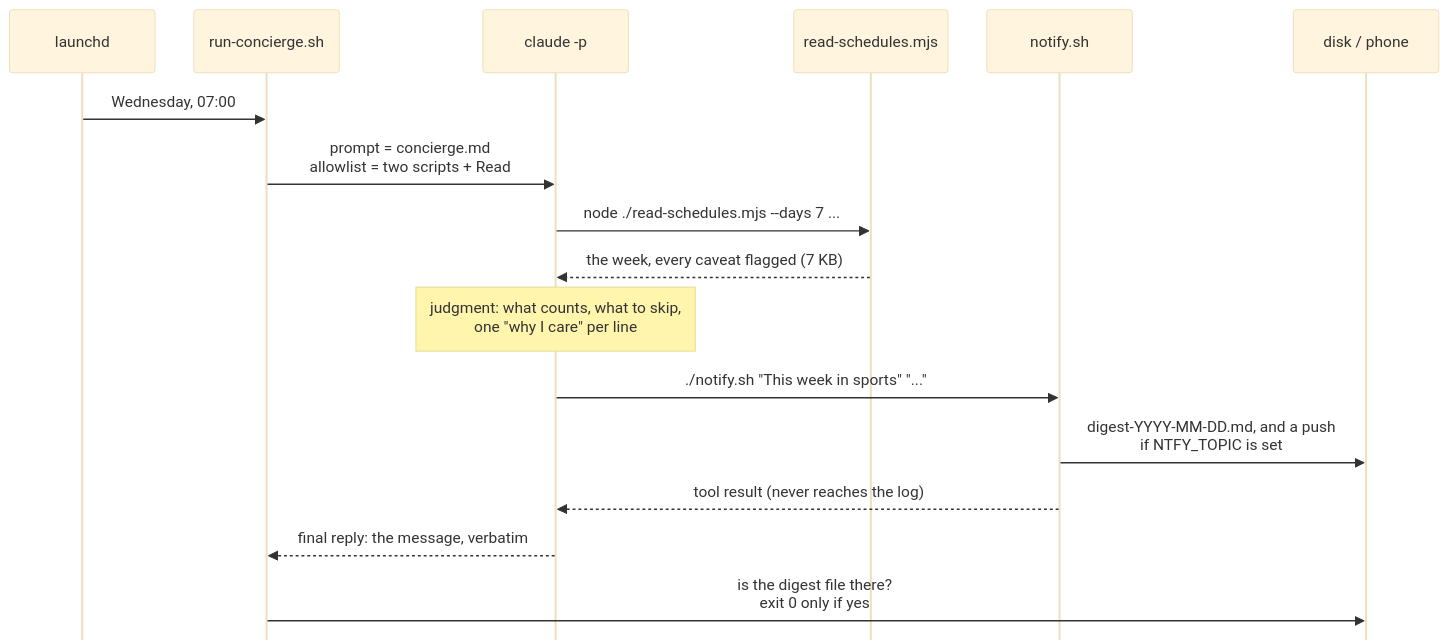
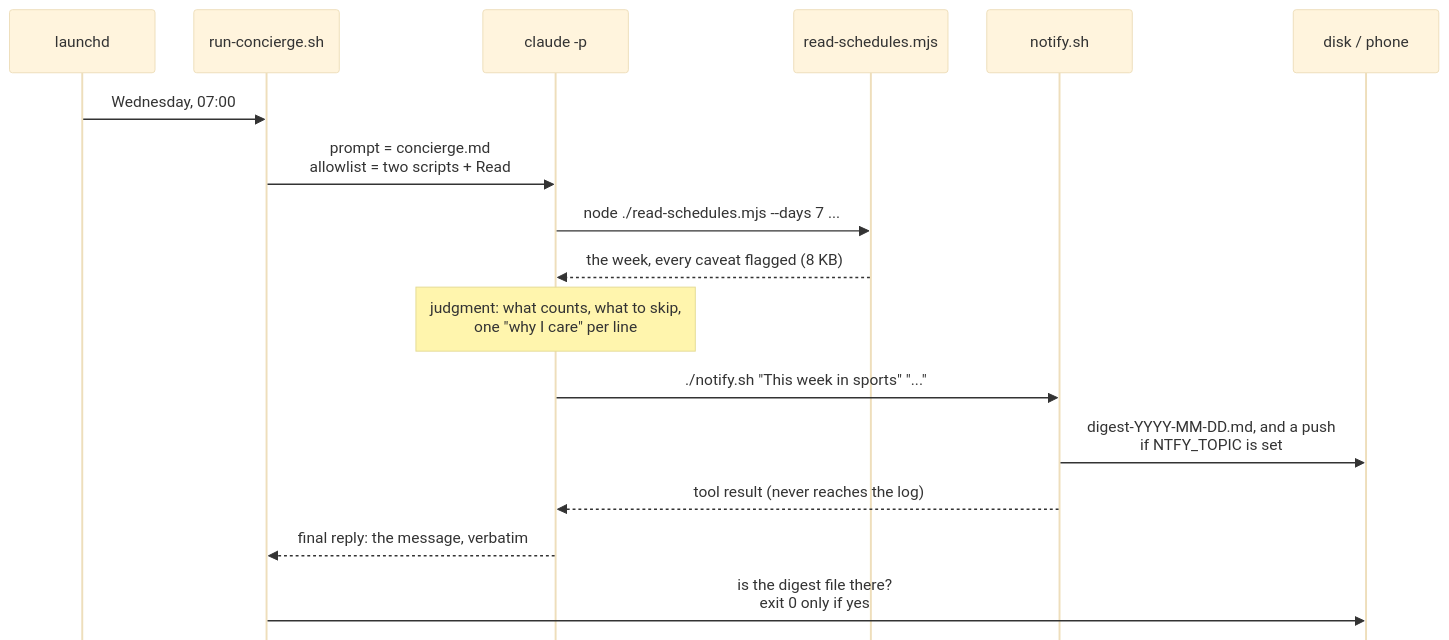
The first of 3 diagrams in TECHNICAL.md (ismayc/never-miss-a-game), drawn with Mermaid (base theme) before and after one commit. The commit also changed other lines of this file and 2 other files, not shown here.

First line of the commit message:
Diagrams: no arrow crosses a title or its own label

````diff
--- a/TECHNICAL.md
+++ b/TECHNICAL.md
@@ -22,20 +22,20 @@
 ```mermaid
 %%{init: {"sequence": {"actorMargin": 40, "messageMargin": 50, "width": 150, "mirrorActors": false, "noteMargin": 14}}}%%
 sequenceDiagram
     participant L as launchd
     participant S as run-concierge.sh
     participant C as claude -p
     participant T as read-schedules.mjs
     participant N as notify.sh
     participant D as disk / phone
     L->>S: Wednesday, 07:00
     S->>C: prompt = concierge.md<br/>allowlist = two scripts + Read
     C->>T: node ./read-schedules.mjs --days 7 ...
-    T-->>C: the week, every caveat flagged (7 KB)
+    T-->>C: the week, every caveat flagged (8 KB)
     Note over C: judgment: what counts, what to skip,<br/>one "why I care" per line
     C->>N: ./notify.sh "This week in sports" "..."
     N->>D: digest-YYYY-MM-DD.md, and a push<br/>if NTFY_TOPIC is set
     N-->>C: tool result (never reaches the log)
     C-->>S: final reply: the message, verbatim
     S->>D: is the digest file there?<br/>exit 0 only if yes
 ```
````
